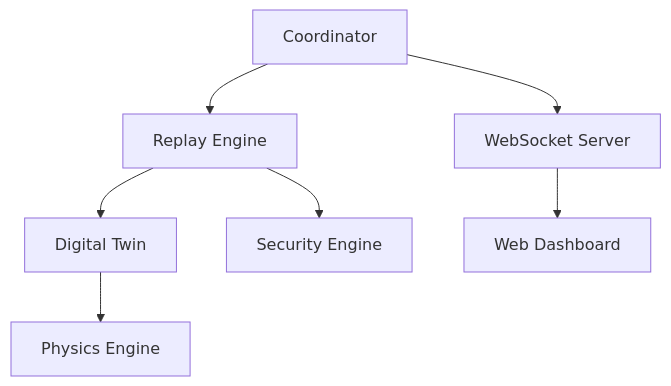
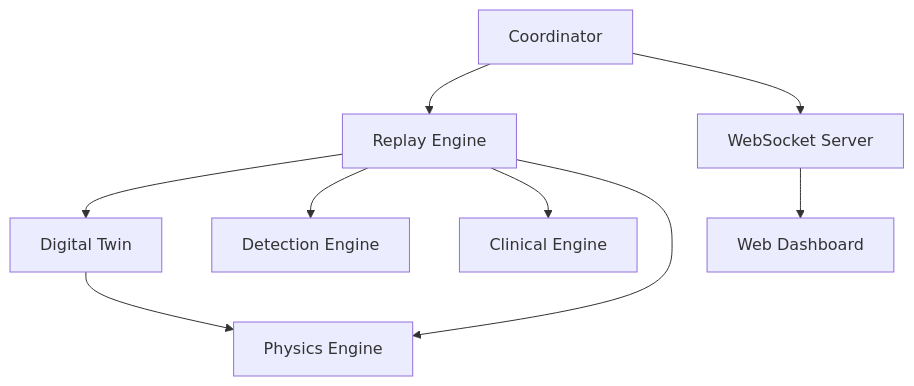
The diagram in docs/architecture.md (SaadiMalik1/vireon-lab), drawn with Mermaid before and after one commit. The commit also changed other lines of this file, not shown here.

````diff
--- a/docs/architecture.md
+++ b/docs/architecture.md
@@ -6,9 +6,11 @@
 ```mermaid
 graph TD
     C[Coordinator] --> RE[Replay Engine]
     C --> WS[WebSocket Server]
     RE --> DT[Digital Twin]
-    RE --> SE[Security Engine]
-    DT --> PE[Physics Engine]
+    RE --> Det[Detection Engine]
+    RE --> Clin[Clinical Engine]
+    RE --> Phys[Physics Engine]
+    DT --> Phys
     WS --> UI[Web Dashboard]
 ```
````
